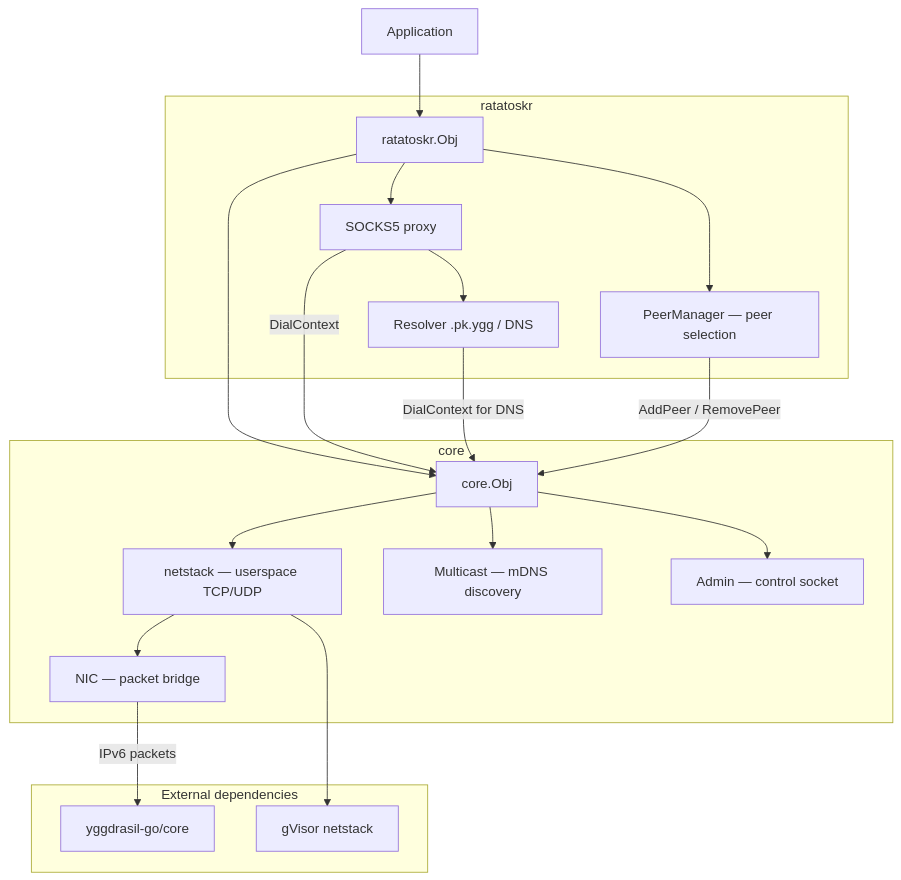
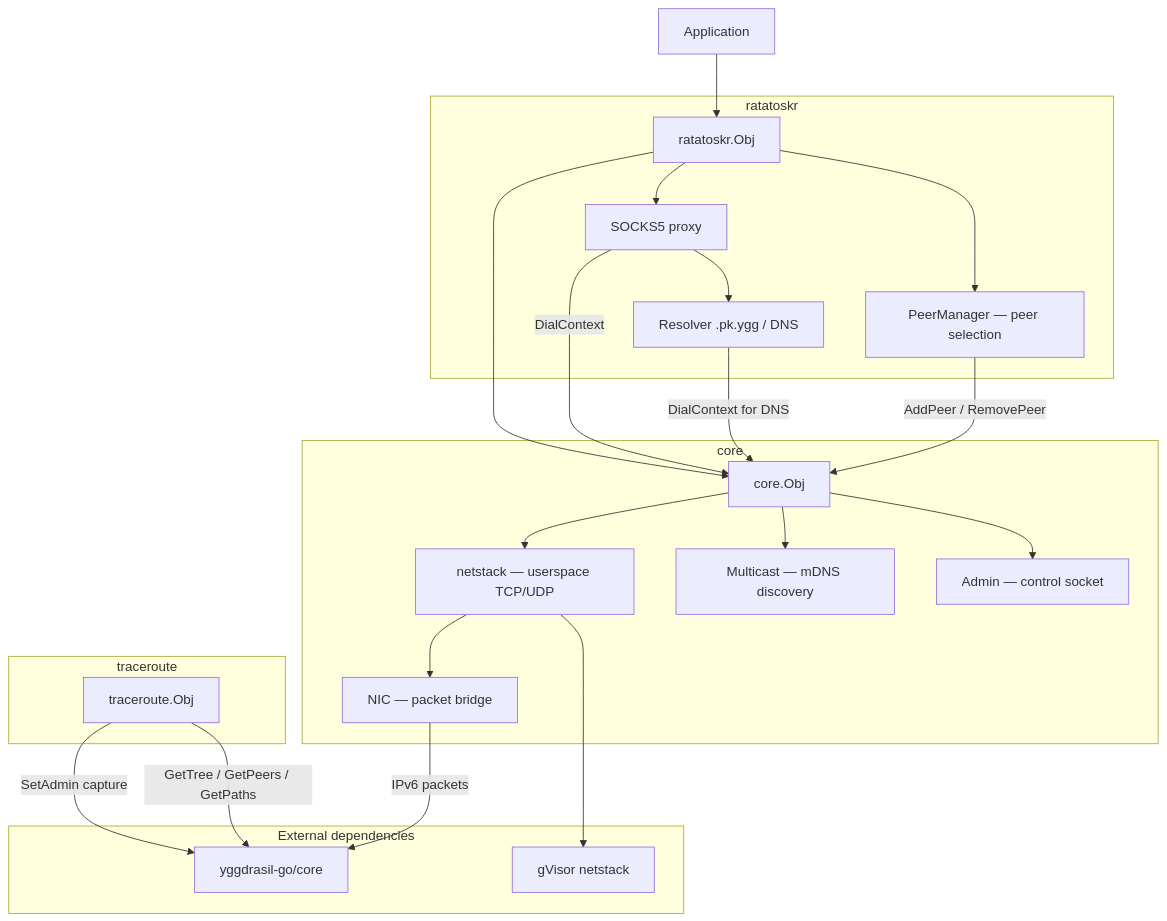
Before and after one commit to voluminor/ratatoskr: the first of 14 diagrams in README.md, drawn with Mermaid. The commit also changed other lines of this file and 47 other files, not shown here.

````diff
--- a/README.md
+++ b/README.md
@@ -153,40 +155,47 @@
 ```mermaid
 graph TB
     App[Application]
 
 subgraph ratatoskr
 Obj[ratatoskr.Obj]
 SOCKS[SOCKS5 proxy]
 Resolver[Resolver .pk.ygg / DNS]
 PeerMgr[PeerManager — peer selection]
     end
+
+subgraph traceroute
+TR[traceroute.Obj]
+end
 
 subgraph core
 CoreObj[core.Obj]
 Netstack[netstack — userspace TCP/UDP]
 NIC[NIC — packet bridge]
 Multicast[Multicast — mDNS discovery]
 Admin[Admin — control socket]
 end
 
 subgraph external [External dependencies]
 YggCore[yggdrasil-go/core]
 gVisor[gVisor netstack]
 end
 
 App --> Obj
 Obj --> CoreObj
 Obj --> SOCKS
 Obj --> PeerMgr
 SOCKS --> Resolver
 SOCKS -->|DialContext|CoreObj
 Resolver -->|DialContext for DNS|CoreObj
 PeerMgr -->|AddPeer / RemovePeer|CoreObj
 
+TR -->|SetAdmin capture|YggCore
+TR -->|GetTree / GetPeers / GetPaths|YggCore
+
 CoreObj --> Netstack
 CoreObj --> Multicast
 CoreObj --> Admin
 Netstack --> NIC
 NIC -->|IPv6 packets|YggCore
 Netstack --> gVisor
 ```
````
